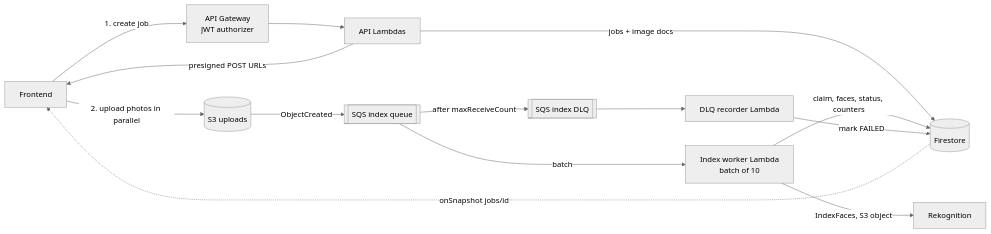
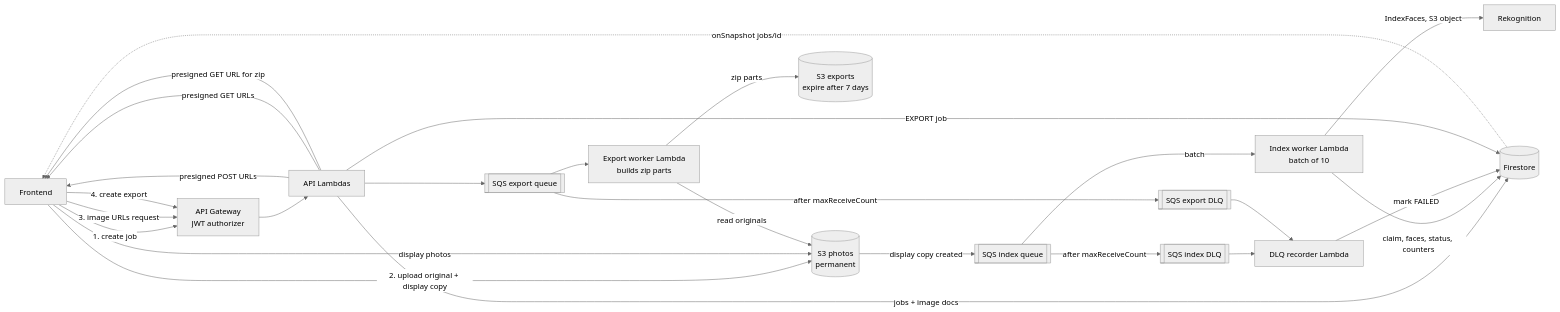
Before and after one commit to petrosvoivontas/face-recognition-be: the first of 2 diagrams in docs/serverless-refactor-plan.md, drawn with Mermaid (neutral theme). The commit also changed other lines of this file, not shown here.

First line of the commit message:
Revise serverless plan for permanent S3 photo storage and zip exports

````diff
--- a/docs/serverless-refactor-plan.md
+++ b/docs/serverless-refactor-plan.md
@@ -29,25 +32,39 @@
 ```mermaid
 flowchart LR
     FE[Frontend]
     APIGW[API Gateway<br/>JWT authorizer]
     API[API Lambdas]
-    S3[(S3 uploads)]
+    PH[(S3 photos<br/>permanent)]
+    EX[(S3 exports<br/>expire after 7 days)]
     IQ[[SQS index queue]]
     IDLQ[[SQS index DLQ]]
     IW[Index worker Lambda<br/>batch of 10]
+    XQ[[SQS export queue]]
+    XDLQ[[SQS export DLQ]]
+    XW[Export worker Lambda<br/>builds zip parts]
     DW[DLQ recorder Lambda]
     REK[Rekognition]
     FS[(Firestore)]
 
     FE -->|1. create job| APIGW --> API
     API -->|jobs + image docs| FS
     API -->|presigned POST URLs| FE
-    FE -->|2. upload photos in parallel| S3
-    S3 -->|ObjectCreated| IQ
+    FE -->|2. upload original + display copy| PH
+    PH -->|display copy created| IQ
     IQ -->|batch| IW
     IW -->|IndexFaces, S3 object| REK
     IW -->|claim, faces, status, counters| FS
     IQ -->|after maxReceiveCount| IDLQ --> DW
     DW -->|mark FAILED| FS
     FS -.->|onSnapshot jobs/id| FE
+    FE -->|3. image URLs request| APIGW
+    API -->|presigned GET URLs| FE
+    FE -->|display photos| PH
+    FE -->|4. create export| APIGW
+    API -->|EXPORT job| FS
+    API --> XQ --> XW
+    XW -->|read originals| PH
+    XW -->|zip parts| EX
+    XQ -->|after maxReceiveCount| XDLQ --> DW
+    API -->|presigned GET URL for zip| FE
 ```
````
